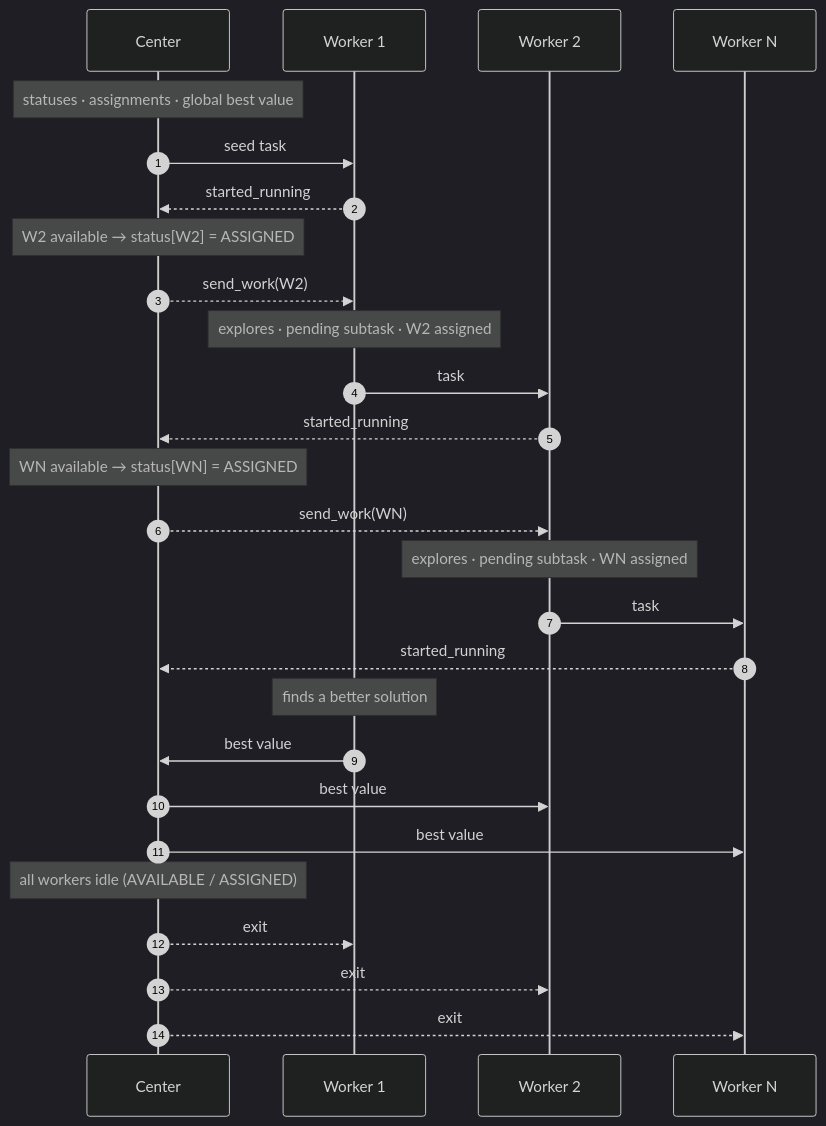
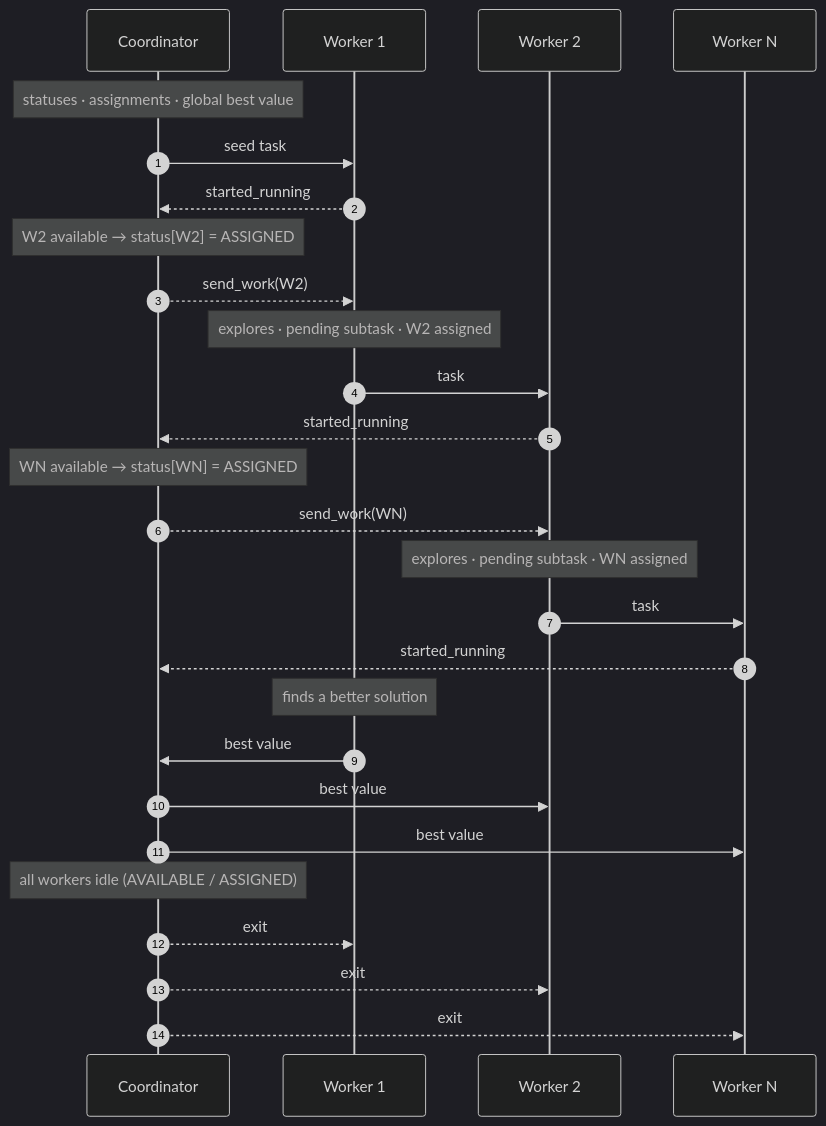
One commit to rapastranac/gempba-docs changed the second of 4 diagrams in docs/scheduler-topologies.md. Above: the diagram before and after it, drawn with Mermaid (dark theme). The commit also changed other lines of this file and 12 other files, not shown here.

````diff
--- a/docs/scheduler-topologies.md
+++ b/docs/scheduler-topologies.md
@@ -80,35 +80,35 @@
 ```mermaid
 sequenceDiagram
     autonumber
-    participant C  as Center
+    participant C  as Coordinator
     participant W1 as Worker 1
     participant W2 as Worker 2
     participant WN as Worker N
 
     Note over C: statuses · assignments · global best value
 
     C->>W1: seed task
     W1-->>C: started_running
     Note over C: W2 available → status[W2] = ASSIGNED
     C-->>W1: send_work(W2)
 
     Note over W1: explores · pending subtask · W2 assigned
     W1->>W2: task
     W2-->>C: started_running
     Note over C: WN available → status[WN] = ASSIGNED
     C-->>W2: send_work(WN)
 
     Note over W2: explores · pending subtask · WN assigned
     W2->>WN: task
     WN-->>C: started_running
 
     Note over W1: finds a better solution
     W1->>C: best value
     C->>W2: best value
     C->>WN: best value
 
     Note over C: all workers idle (AVAILABLE / ASSIGNED)
     C-->>W1: exit
     C-->>W2: exit
     C-->>WN: exit
 ```
````
